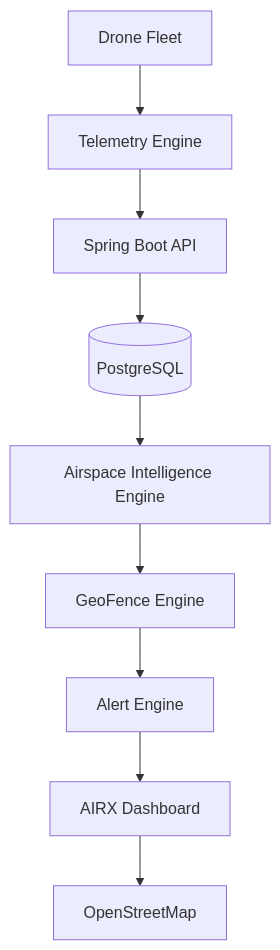
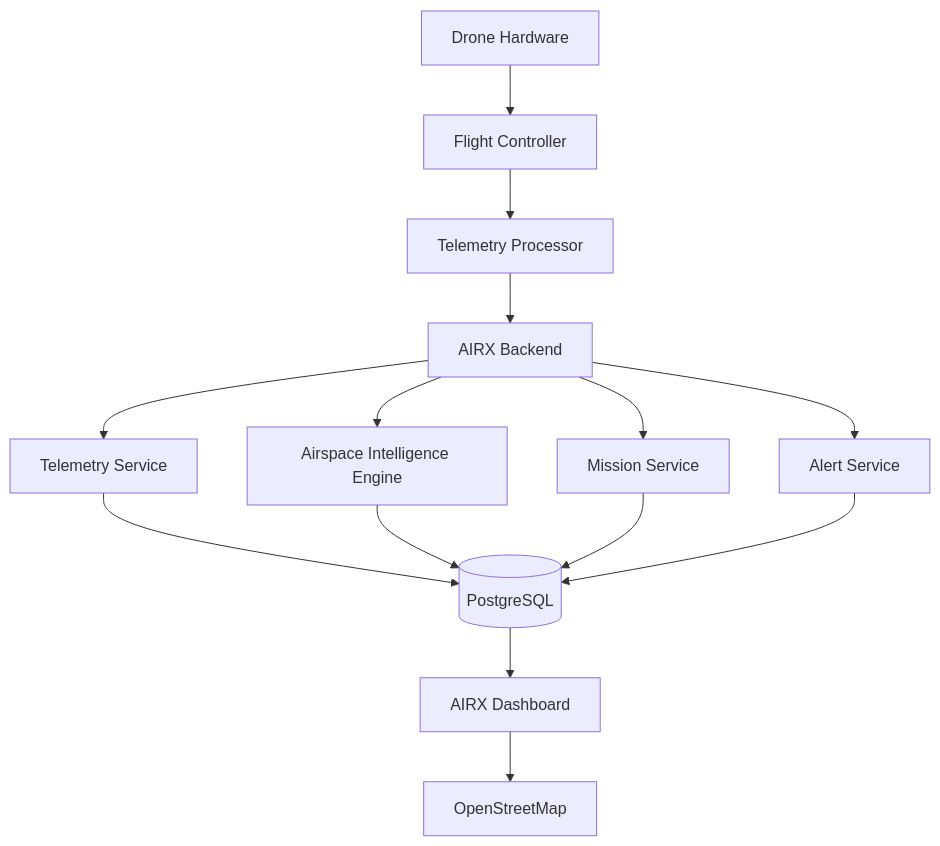
One commit to dhilipan182005/Autonomous-Drone-Logistics-Operating-System-ADLOS- changed the first of 2 diagrams in README.md. Above: the diagram before and after it, drawn with Mermaid. The commit also changed other lines of this file, not shown here.

````diff
--- a/README.md
+++ b/README.md
@@ -24,12 +25,24 @@
 ```mermaid
-graph TD
-    A[Drone Fleet] --> B[Telemetry Engine]
-    B --> C[Spring Boot API]
-    C --> D[(PostgreSQL)]
-    D --> E[Airspace Intelligence Engine]
-    E --> F[GeoFence Engine]
-    F --> G[Alert Engine]
-    G --> H[AIRX Dashboard]
-    H --> I[OpenStreetMap]
+flowchart TD
 
+A[Drone Hardware]
+--> B[Flight Controller]
+
+B --> C[Telemetry Processor]
+
+C --> D[AIRX Backend]
+
+D --> E[Telemetry Service]
+D --> F[Airspace Intelligence Engine]
+D --> G[Mission Service]
+D --> H[Alert Service]
+
+E --> I[(PostgreSQL)]
+F --> I
+G --> I
+H --> I
+
+I --> J[AIRX Dashboard]
+
+J --> K[OpenStreetMap]
 ```
````
